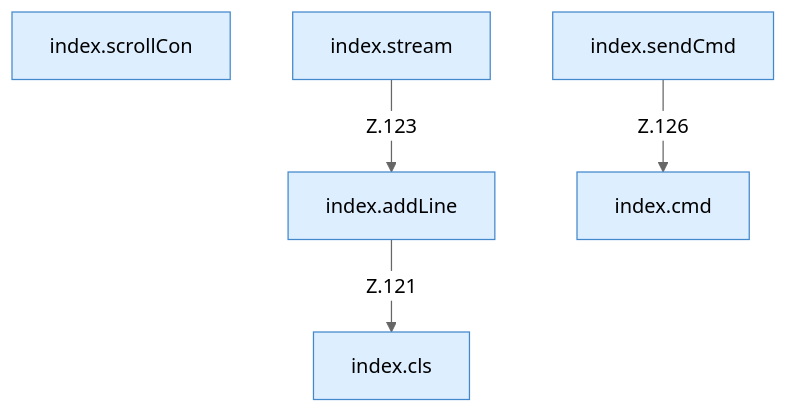
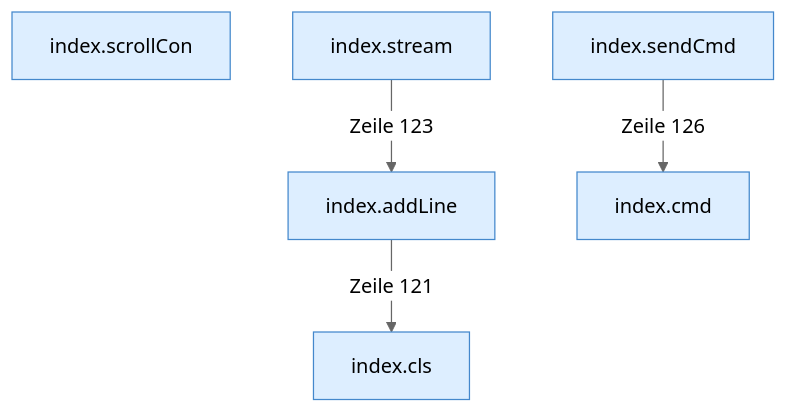
Before and after one commit to PrinceDiamant/minecraft-serverhoster-plugin: the diagram in Legacy-Konsole.md, drawn with Mermaid (neutral theme). The commit also changed other lines of this file and 2005 other files, not shown here.

````diff
--- a/Legacy-Konsole.md
+++ b/Legacy-Konsole.md
@@ -5,14 +5,14 @@
 ```mermaid
 flowchart TD
   n1["index.cls"]:::internal-link
   n2["index.addLine"]:::internal-link
   n3["index.scrollCon"]:::internal-link
   n4["index.stream"]:::internal-link
   n5["index.cmd"]:::internal-link
   n6["index.sendCmd"]:::internal-link
-  n2 -->|"Z.121"| n1
-  n4 -->|"Z.123"| n2
-  n6 -->|"Z.126"| n5
+  n2 -->|"Zeile 121"| n1
+  n4 -->|"Zeile 123"| n2
+  n6 -->|"Zeile 126"| n5
   classDef internal-link fill:#ddeeff,stroke:#4488cc
   classDef befund fill:#f88
 ```
````
